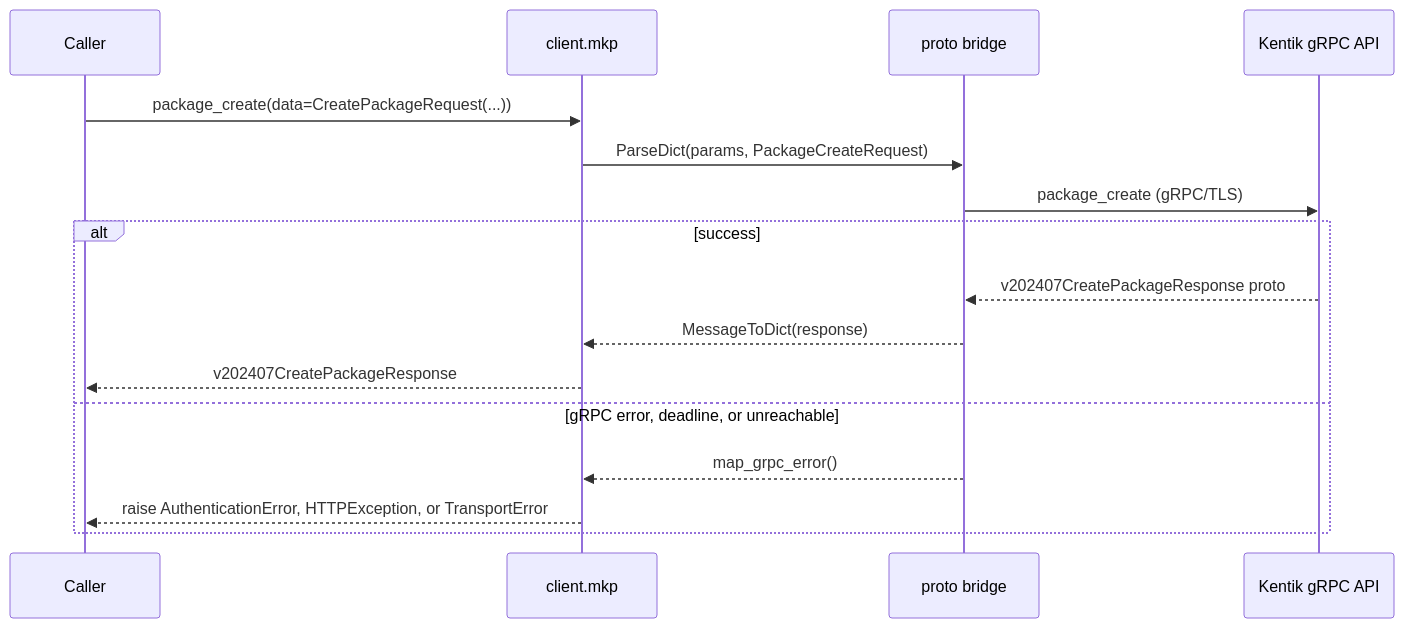
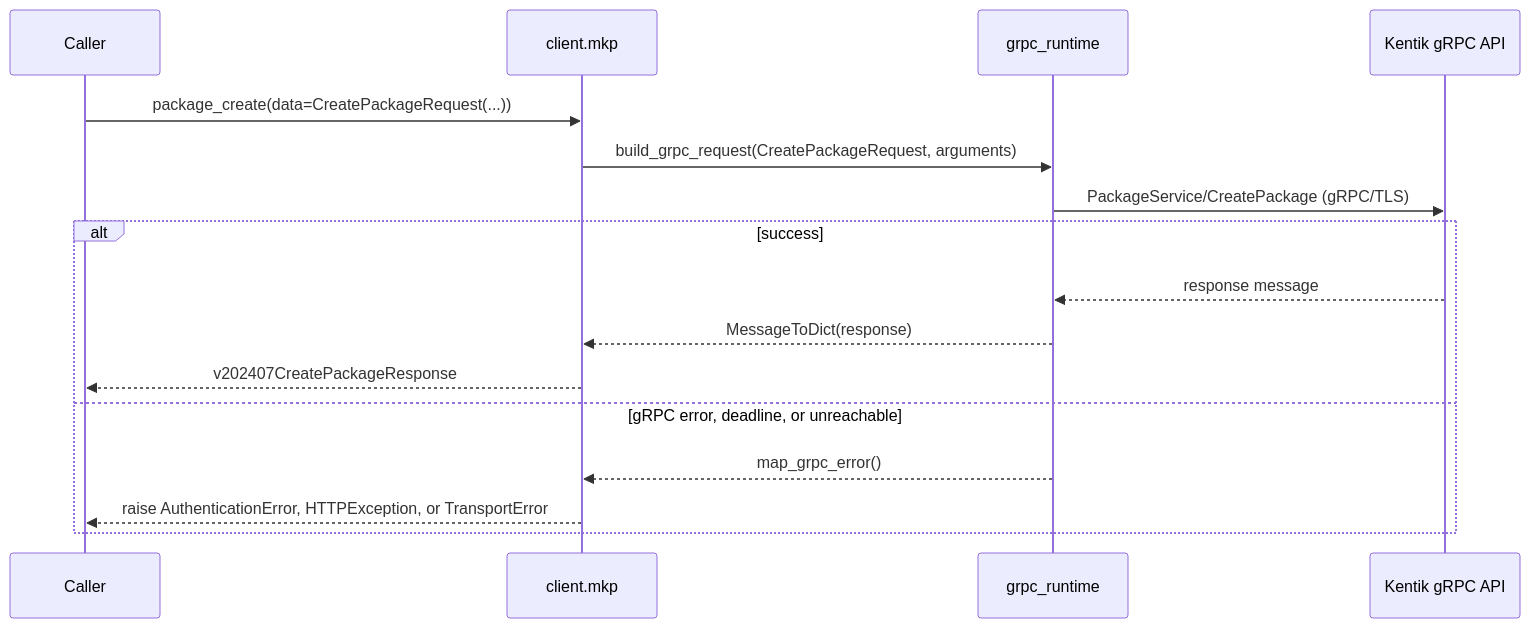
One commit to alexdearaujo/community_sdk_python changed the fifth of 30 diagrams in docs/sphinx/services/mkp.md. Above: the diagram before and after it, drawn with Mermaid. The commit also changed other lines of this file and 37 other files, not shown here.

First line of the commit message:
docs: show the real RPC in each service page's gRPC diagram

````diff
--- a/docs/sphinx/services/mkp.md
+++ b/docs/sphinx/services/mkp.md
@@ -129,19 +129,19 @@
 ```mermaid
 sequenceDiagram
     participant C as Caller
     participant W as client.mkp
-    participant B as proto bridge
+    participant R as grpc_runtime
     participant API as Kentik gRPC API
 
     C->>W: package_create(data=CreatePackageRequest(...))
-    W->>B: ParseDict(params, PackageCreateRequest)
-    B->>API: package_create (gRPC/TLS)
+    W->>R: build_grpc_request(CreatePackageRequest, arguments)
+    R->>API: PackageService/CreatePackage (gRPC/TLS)
     alt success
-        API-->>B: v202407CreatePackageResponse proto
-        B-->>W: MessageToDict(response)
+        API-->>R: response message
+        R-->>W: MessageToDict(response)
         W-->>C: v202407CreatePackageResponse
     else gRPC error, deadline, or unreachable
-        B-->>W: map_grpc_error()
+        R-->>W: map_grpc_error()
         W-->>C: raise AuthenticationError, HTTPException, or TransportError
     end
 ```
````
